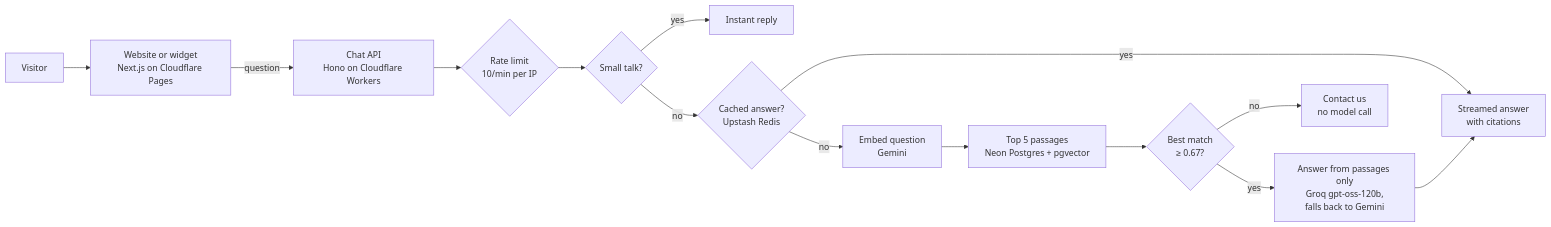
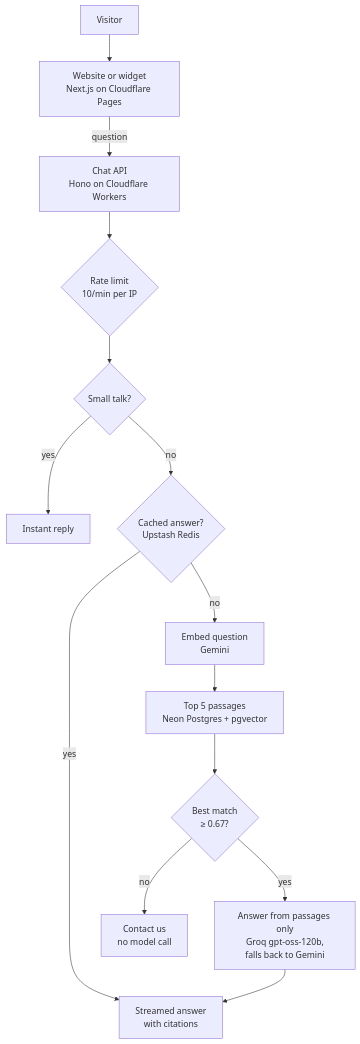
Before and after one commit to AhsanKhan47/storeassist-ai: the diagram in README.md, drawn with Mermaid. The commit also changed 1 other file, not shown here.

Commit message:
docs: draw the README flow top-down
The left-to-right diagram rendered too small on GitHub and its zoom
buttons covered the last boxes. Phase 8 plan records the GitHub check.

````diff
--- a/README.md
+++ b/README.md
@@ -78,16 +78,16 @@
 ```mermaid
-flowchart LR
+flowchart TD
   V[Visitor] --> W["Website or widget<br/>Next.js on Cloudflare Pages"]
   W -- question --> A["Chat API<br/>Hono on Cloudflare Workers"]
   A --> RL{"Rate limit<br/>10/min per IP"}
   RL --> ST{"Small talk?"}
   ST -- yes --> R["Instant reply"]
   ST -- no --> C{"Cached answer?<br/>Upstash Redis"}
   C -- yes --> S["Streamed answer<br/>with citations"]
   C -- no --> E["Embed question<br/>Gemini"]
   E --> Q["Top 5 passages<br/>Neon Postgres + pgvector"]
   Q --> CUT{"Best match<br/>≥ 0.67?"}
   CUT -- no --> F["Contact us<br/>no model call"]
   CUT -- yes --> L["Answer from passages only<br/>Groq gpt-oss-120b,<br/>falls back to Gemini"]
   L --> S
 ```
````
